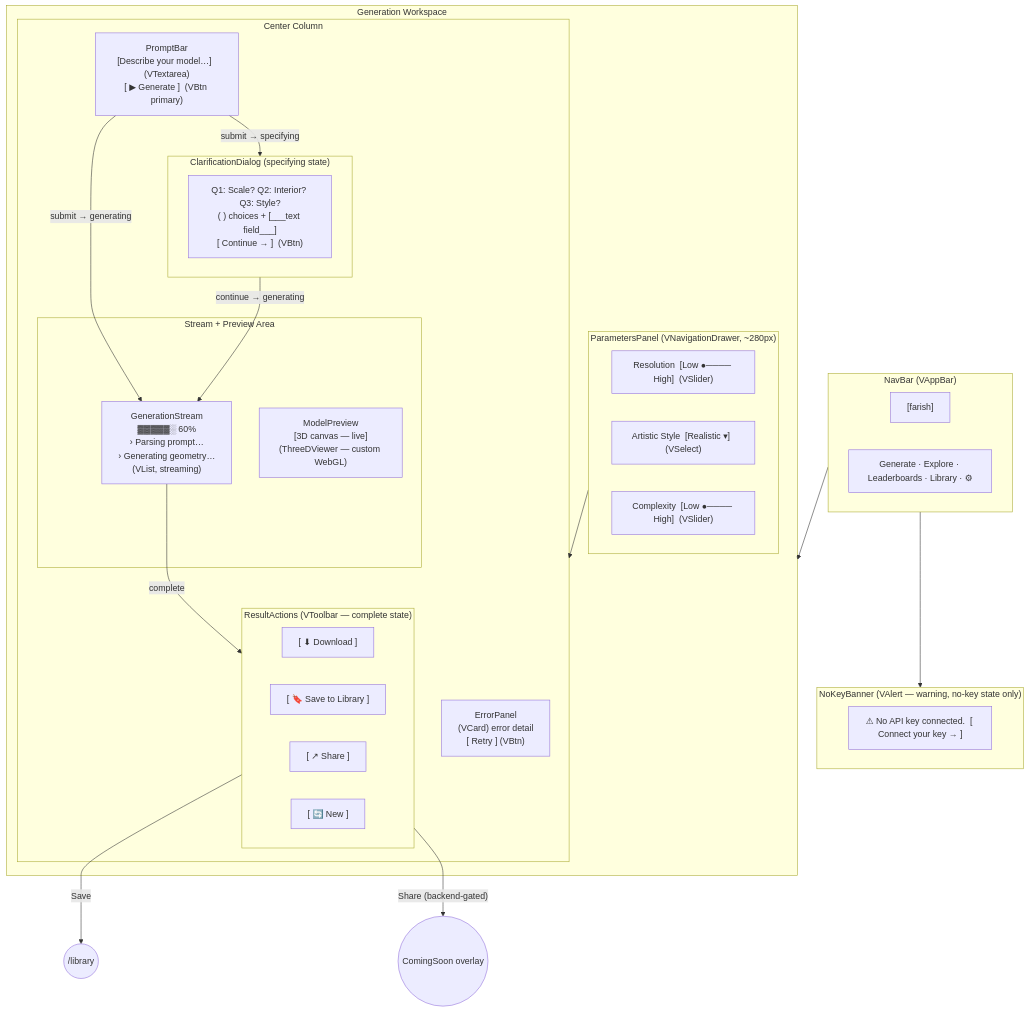
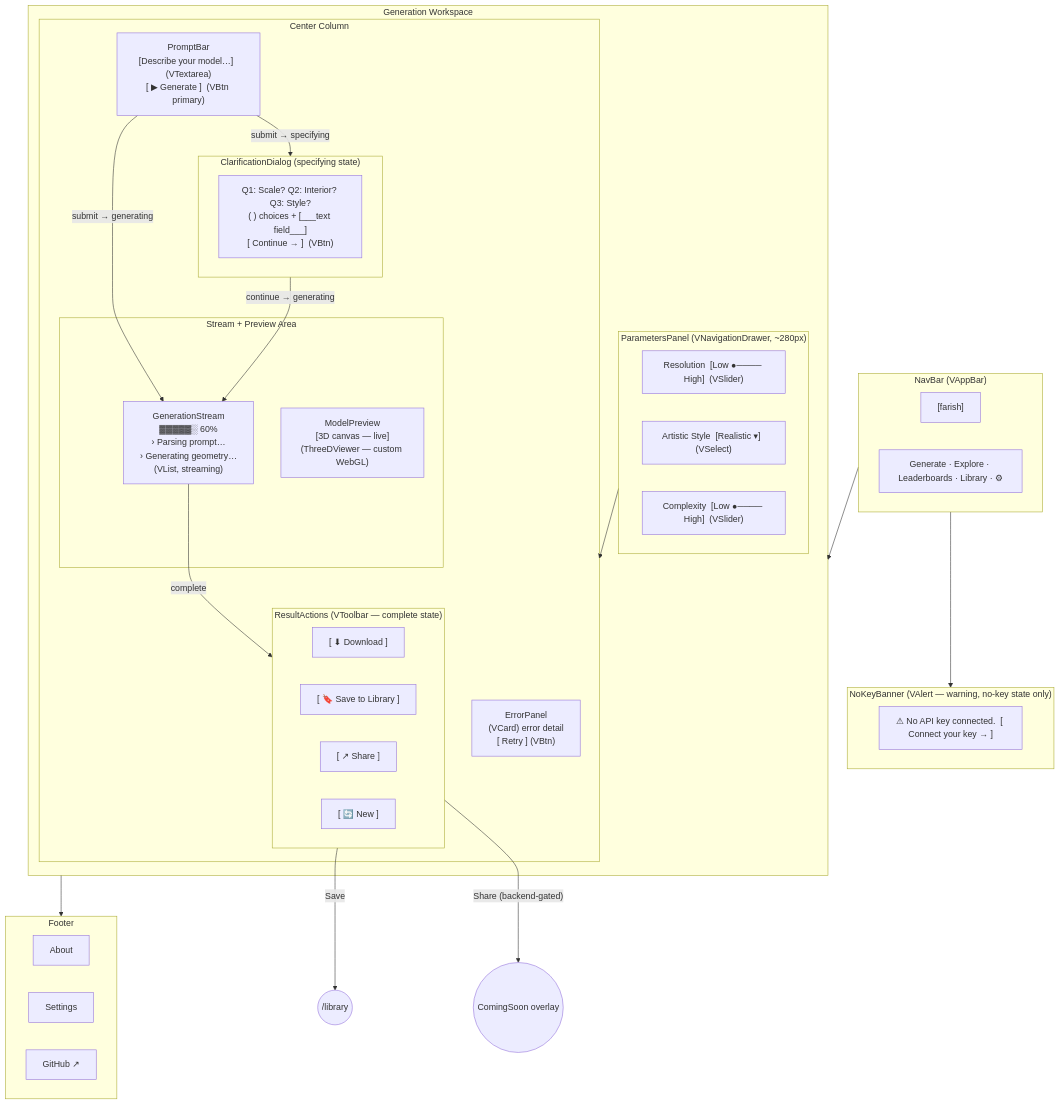
The diagram in docs/pages/generate/wireframes/page.mermaid.md (nsheaps/farish), drawn with Mermaid before and after one commit. The commit also changed other lines of this file and 30 other files, not shown here.

````diff
--- a/docs/pages/generate/wireframes/page.mermaid.md
+++ b/docs/pages/generate/wireframes/page.mermaid.md
@@ -3,51 +3,58 @@
 ```mermaid
 flowchart TB
     subgraph NavBar["NavBar (VAppBar)"]
         Logo["[farish]"]
         NavLinks["Generate · Explore · Leaderboards · Library · ⚙"]
     end
 
     subgraph NoKeyBanner_node["NoKeyBanner (VAlert — warning, no-key state only)"]
         BannerText["⚠ No API key connected.  [ Connect your key → ]"]
     end
 
     subgraph Workspace["Generation Workspace"]
         subgraph LeftPanel["ParametersPanel (VNavigationDrawer, ~280px)"]
             ResSlider["Resolution  [Low ●──── High]  (VSlider)"]
             StyleSelect["Artistic Style  [Realistic ▾]  (VSelect)"]
             ComplexSlider["Complexity  [Low ●──── High]  (VSlider)"]
         end
 
         subgraph Center["Center Column"]
             PromptBar["PromptBar\n[Describe your model…]  (VTextarea)\n[ ▶ Generate ]  (VBtn primary)"]
 
             subgraph StreamArea["Stream + Preview Area"]
                 GenerationStream["GenerationStream\n▓▓▓▓▓░ 60%\n› Parsing prompt…\n› Generating geometry…\n(VList, streaming)"]
                 ModelPreview["ModelPreview\n[3D canvas — live]\n(ThreeDViewer — custom WebGL)"]
             end
 
             subgraph ClarificationArea["ClarificationDialog (specifying state)"]
                 ClarifyQ["Q1: Scale? Q2: Interior? Q3: Style?\n( ) choices + [___text field___]\n[ Continue → ]  (VBtn)"]
             end
 
             subgraph ResultActions_node["ResultActions (VToolbar — complete state)"]
                 DownloadBtn["[ ⬇ Download ]"]
                 SaveBtn["[ 🔖 Save to Library ]"]
                 ShareBtn["[ ↗ Share ]"]
                 NewBtn["[ 🔄 New ]"]
             end
 
             ErrorPanel_node["ErrorPanel\n(VCard) error detail\n[ Retry ]  (VBtn)"]
         end
     end
 
+    subgraph Footer["Footer"]
+        AboutLink["About"]
+        SettingsLink["Settings"]
+        GithubLink["GitHub ↗"]
+    end
+
     NavBar --> NoKeyBanner_node
     NavBar --> Workspace
+    Workspace --> Footer
     LeftPanel --> Center
     PromptBar -->|"submit → generating"| GenerationStream
     PromptBar -->|"submit → specifying"| ClarificationArea
     ClarificationArea -->|"continue → generating"| GenerationStream
     GenerationStream -->|"complete"| ResultActions_node
     ResultActions_node -->|"Save"| LibPage(("/library"))
     ResultActions_node -->|"Share (backend-gated)"| ComingSoon(("ComingSoon overlay"))
 ```
````
